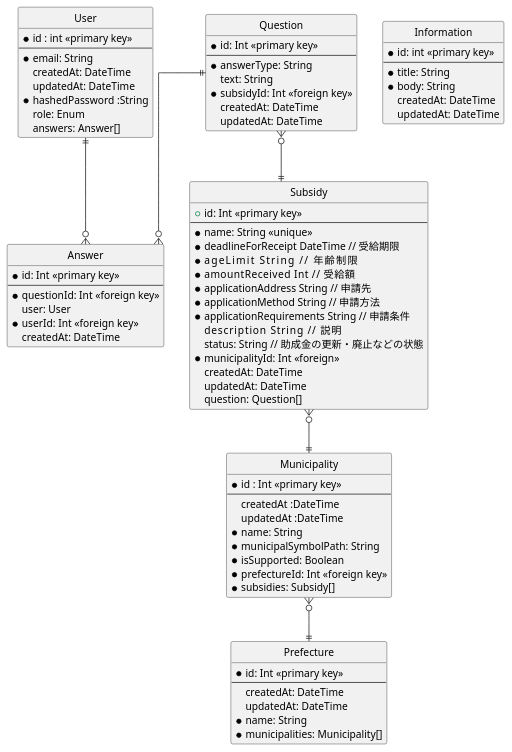
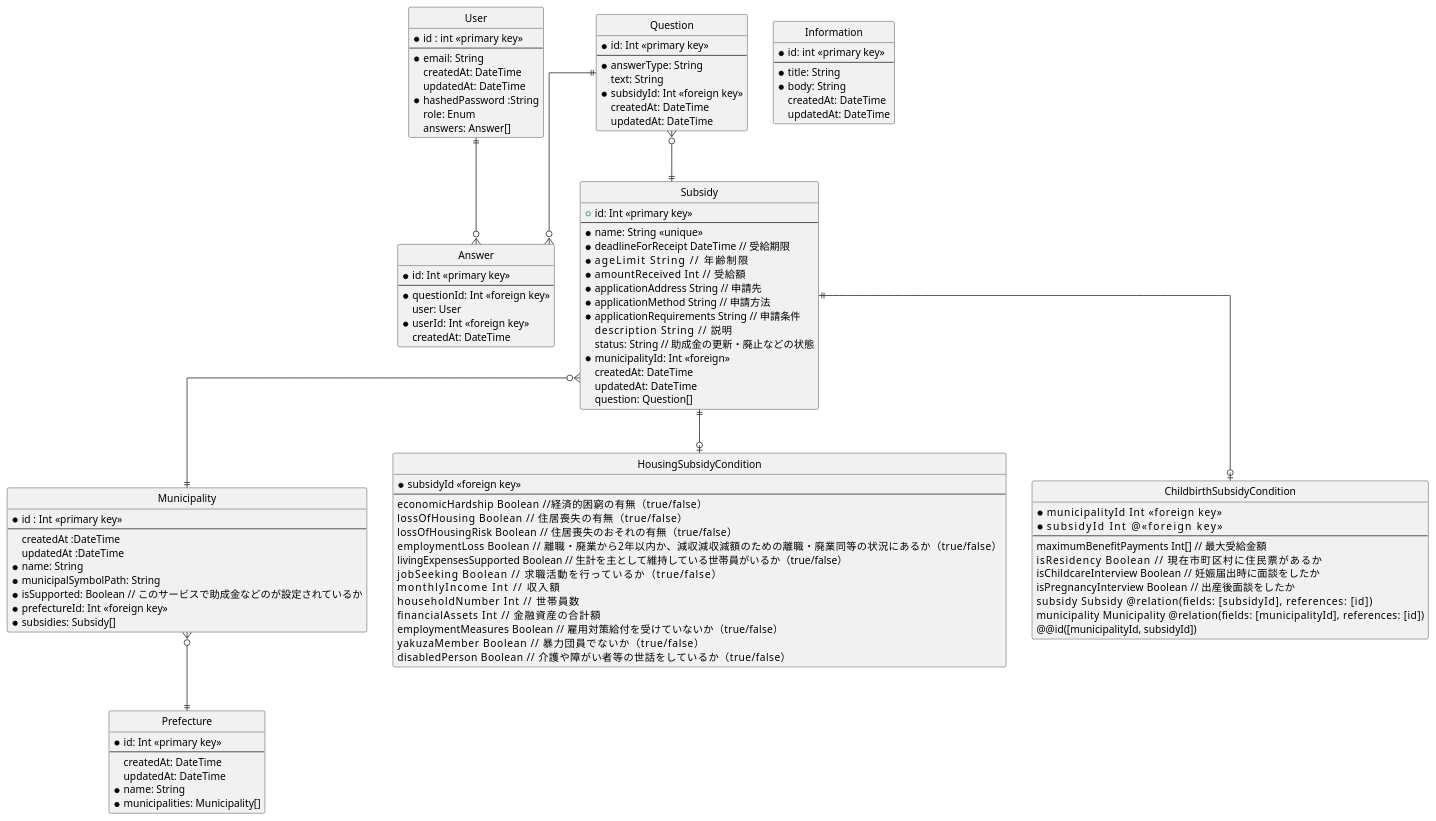
One commit to gigi434/ReStartNow changed the diagram in app/backend/archive/db/logical design.pu. Above: the diagram before and after it, drawn with PlantUML. The commit also changed 37 other files, not shown here.

```diff
--- a/app/backend/archive/db/logical design.pu
+++ b/app/backend/archive/db/logical design.pu
@@ -1,97 +1,129 @@
 @startuml failure-story
 
 ' hide the spot
 hide circle
 
 ' avoid problems with angled crows feet
 skinparam linetype ortho
 
 entity "User" as user {
     *id : int <<primary key>>
     --
     *email: String
     createdAt: DateTime
     updatedAt: DateTime
     *hashedPassword :String
     role: Enum
     answers: Answer[]
 }
 
 entity "Municipality" as manicipality {
     *id : Int <<primary key>>
     --
     createdAt :DateTime                  
     updatedAt :DateTime                  
     *name: String
     *municipalSymbolPath: String
-    *isSupported: Boolean
+    *isSupported: Boolean // このサービスで助成金などのが設定されているか
     *prefectureId: Int <<foreign key>>
     *subsidies: Subsidy[]
 }
 
 entity "Information" as information {
     *id: int <<primary key>>
     --
     *title: String
     *body: String
     createdAt: DateTime
     updatedAt: DateTime
 }
 
 entity "Prefecture" as prefecture {
     *id: Int <<primary key>>
     --
     createdAt: DateTime
     updatedAt: DateTime
     *name: String
     *municipalities: Municipality[]
 }
 
 entity "Subsidy" as subsidy {
     +id: Int <<primary key>>
   --
     *name: String <<unique>>
     *deadlineForReceipt DateTime // 受給期限
     *ageLimit           String // 年齢制限
     *amountReceived     Int // 受給額
     *applicationAddress String // 申請先
     *applicationMethod String // 申請方法
     *applicationRequirements String // 申請条件
     description        String // 説明
     status: String // 助成金の更新・廃止などの状態
     *municipalityId: Int <<foreign>>
     createdAt: DateTime
     updatedAt: DateTime
     question: Question[]
 }
 
 ' 一問一答の質問
 entity "Question" as question {
     *id: Int <<primary key>>
     --
     *answerType: String
     text: String
     *subsidyId: Int <<foreign key>>
     createdAt: DateTime
     updatedAt: DateTime
 }
 
 ' ユーザーの答えを保存するテーブル
 entity "Answer" as answer {
     *id: Int <<primary key>>
     --
     *questionId: Int <<foreign key>>
     user: User
     *userId: Int <<foreign key>>
     createdAt: DateTime
 }
 
+entity  "HousingSubsidyCondition" as HousingSubsidyCondition {
+  *subsidyId <<foreign key>>
+  --
+  economicHardship        Boolean //経済的困窮の有無（true/false）
+  lossOfHousing           Boolean // 住居喪失の有無（true/false）
+  lossOfHousingRisk       Boolean // 住居喪失のおそれの有無（true/false）
+  employmentLoss          Boolean //  離職・廃業から2年以内か、減収減収減額のための離職・廃業同等の状況にあるか（true/false）
+  livingExpensesSupported Boolean //  生計を主として維持している世帯員がいるか（true/false）
+  jobSeeking              Boolean //  求職活動を行っているか（true/false）
+  monthlyIncome           Int // 収入額
+  householdNumber         Int // 世帯員数
+  financialAssets         Int // 金融資産の合計額
+  employmentMeasures      Boolean // 雇用対策給付を受けていないか（true/false）
+  yakuzaMember            Boolean // 暴力団員でないか（true/false）
+  disabledPerson          Boolean // 介護や障がい者等の世話をしているか（true/false）
+}
+
+entity "ChildbirthSubsidyCondition" as ChildbirthSubsidyCondition {
+  *municipalityId          Int <<foreign key>>
+  *subsidyId               Int @<<foreign key>>
+  --
+  maximumBenefitPayments  Int[] // 最大受給金額
+  isResidency             Boolean // 現在市町区村に住民票があるか
+  isChildcareInterview    Boolean // 妊娠届出時に面談をしたか
+  isPregnancyInterview    Boolean // 出産後面談をしたか
+  subsidy                 Subsidy @relation(fields: [subsidyId], references: [id])
+  municipality            Municipality @relation(fields: [municipalityId], references: [id])
+  @@id([municipalityId, subsidyId])
+}
+
 manicipality }o--|| prefecture
 question ||--o{ answer
 question }o--|| subsidy
 subsidy }o--|| manicipality
+subsidy ||--o| HousingSubsidyCondition
+subsidy ||--o| ChildbirthSubsidyCondition
 user ||--o{ answer
 
 
 
 @enduml
```
